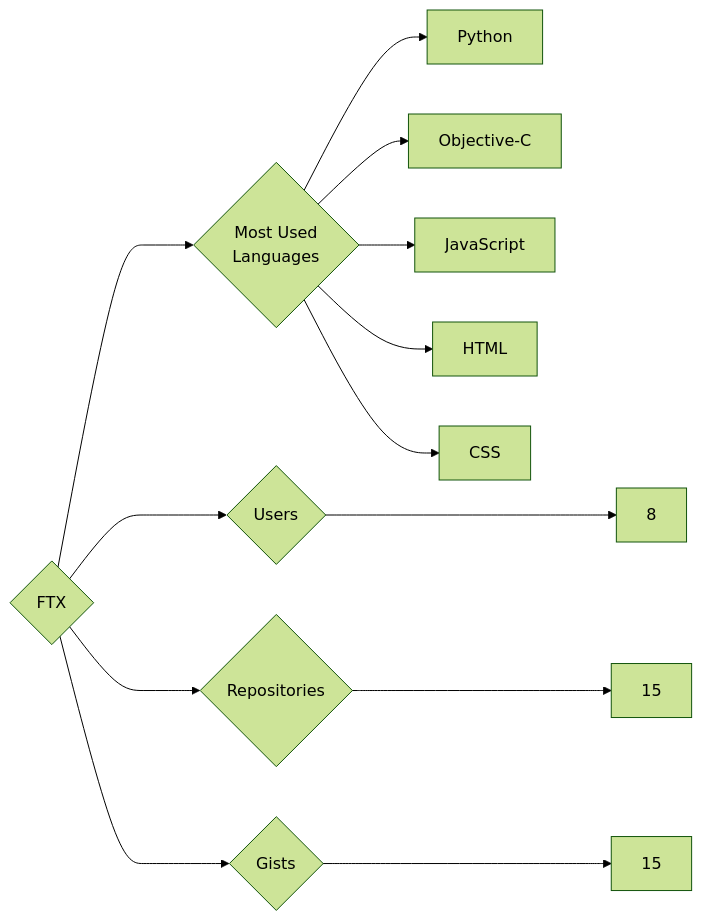
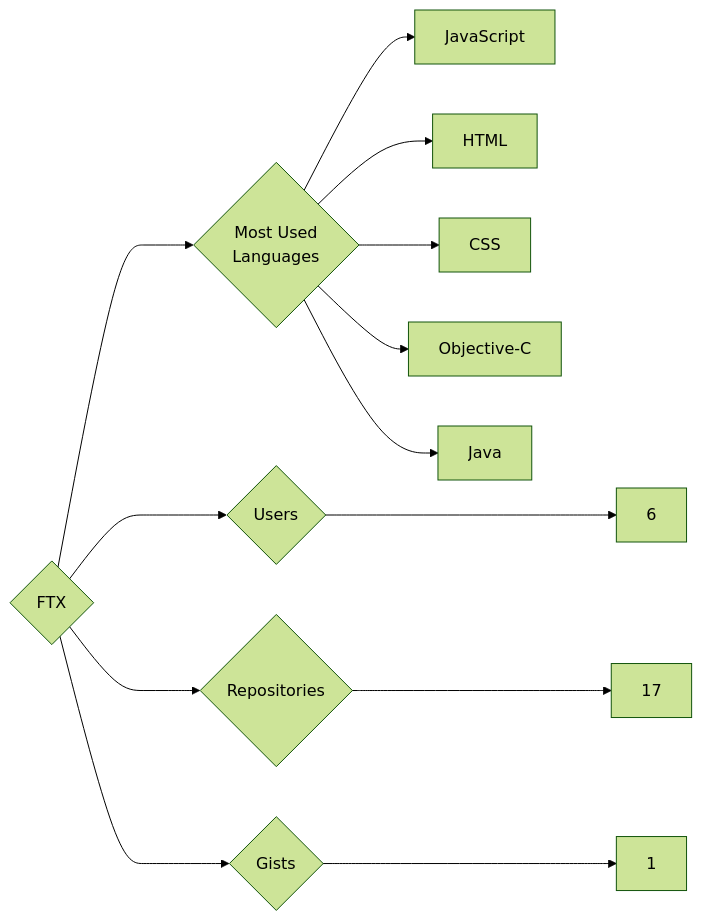
The diagram in targets/FTX/README.md (trickest/insiders), drawn with Mermaid (forest theme) before and after one commit. The commit also changed 1167 other files, not shown here.

````diff
--- a/targets/FTX/README.md
+++ b/targets/FTX/README.md
@@ -3,13 +3,13 @@
 ```mermaid
 graph LR
 COMPANY_NAME{FTX}
-COMPANY_NAME ---> U{Users} ---> UN[8]
-COMPANY_NAME ---> R{Repositories} ---> RN[15]
-COMPANY_NAME ---> G{Gists} ---> GN[15]
+COMPANY_NAME ---> U{Users} ---> UN[6]
+COMPANY_NAME ---> R{Repositories} ---> RN[17]
+COMPANY_NAME ---> G{Gists} ---> GN[1]
 COMPANY_NAME ---> ML{Most Used<br>Languages}
-ML --> Python[Python]
-ML --> Objective-C[Objective-C]
 ML --> JavaScript[JavaScript]
 ML --> HTML[HTML]
 ML --> CSS[CSS]
+ML --> Objective-C[Objective-C]
+ML --> Java[Java]
 ```
````
